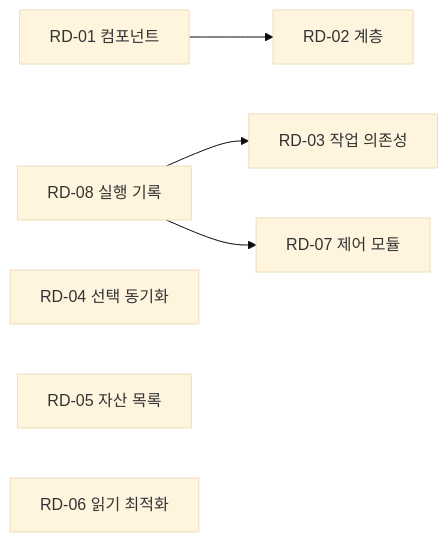
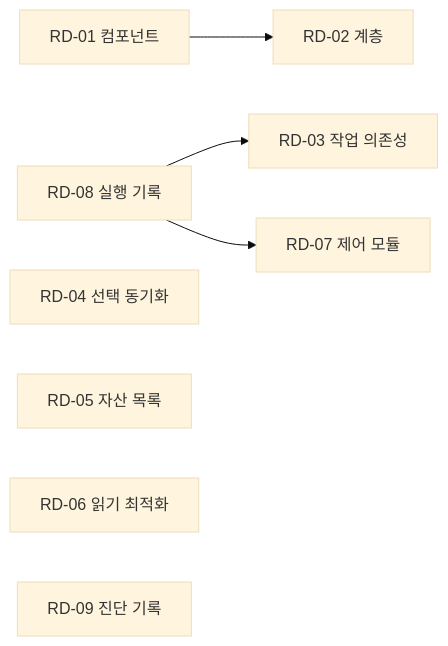
One commit to jonsoku-dev/figma-flow changed the diagram in docs/development-roadmap/README.md. Above: the diagram before and after it, drawn with Mermaid (base theme). The commit also changed other lines of this file and 5 other files, not shown here.

````diff
--- a/docs/development-roadmap/README.md
+++ b/docs/development-roadmap/README.md
@@ -26,9 +28,10 @@
 ```mermaid
 flowchart LR
   R1[RD-01 컴포넌트] --> R2[RD-02 계층]
   R8[RD-08 실행 기록] --> R3[RD-03 작업 의존성]
   R8 --> R7[RD-07 제어 모듈]
   R4[RD-04 선택 동기화]
   R5[RD-05 자산 목록]
   R6[RD-06 읽기 최적화]
+  R9[RD-09 진단 기록]
 ```
````
